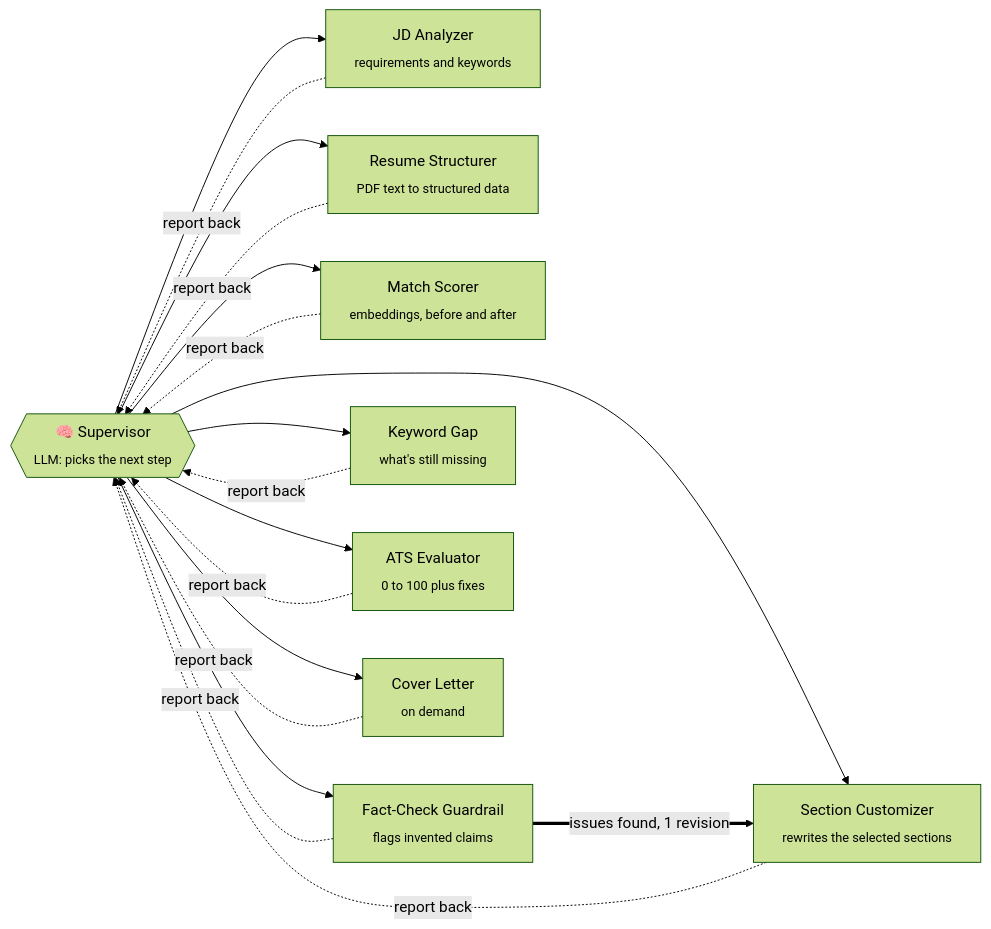
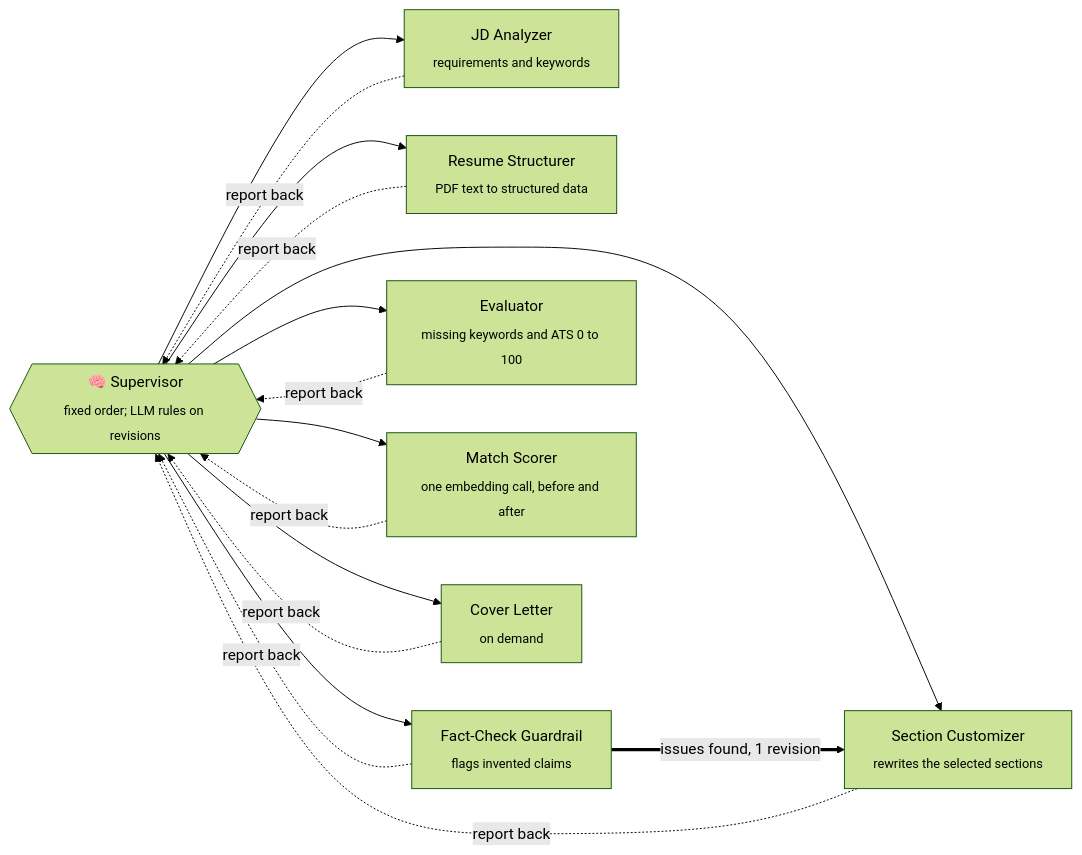
One commit to suryanshparashar/patra-shilpi changed the first of 3 diagrams in README.md. Above: the diagram before and after it, drawn with Mermaid (forest theme). The commit also changed other lines of this file and 164 other files, not shown here.

````diff
--- a/README.md
+++ b/README.md
@@ -90,16 +94,15 @@
 ```mermaid
 flowchart LR
-    S{{"🧠 Supervisor<br/><sub>LLM: picks the next step</sub>"}}
+    S{{"🧠 Supervisor<br/><sub>fixed order; LLM rules on revisions</sub>"}}
 
     S --> JD["JD Analyzer<br/><sub>requirements and keywords</sub>"]
     S --> RS["Resume Structurer<br/><sub>PDF text to structured data</sub>"]
-    S --> MS["Match Scorer<br/><sub>embeddings, before and after</sub>"]
     S --> SC["Section Customizer<br/><sub>rewrites the selected sections</sub>"]
     S --> GR["Fact-Check Guardrail<br/><sub>flags invented claims</sub>"]
-    S --> KG["Keyword Gap<br/><sub>what's still missing</sub>"]
-    S --> ATS["ATS Evaluator<br/><sub>0 to 100 plus fixes</sub>"]
+    S --> EV["Evaluator<br/><sub>missing keywords and ATS 0 to 100</sub>"]
+    S --> MS["Match Scorer<br/><sub>one embedding call, before and after</sub>"]
     S --> CL["Cover Letter<br/><sub>on demand</sub>"]
 
-    JD & RS & MS & SC & GR & KG & ATS & CL -.->|report back| S
+    JD & RS & SC & GR & EV & MS & CL -.->|report back| S
     GR ==>|issues found, 1 revision| SC
 ```
````
